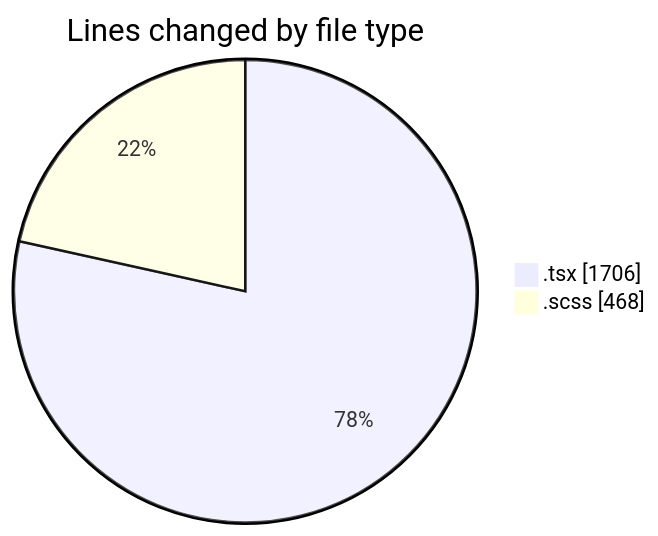
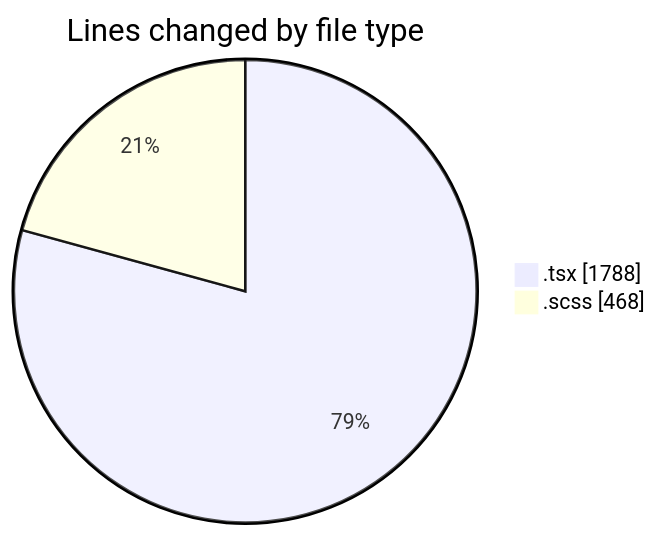
Before and after one commit to momahboobian/code-tracking: the first of 2 diagrams in 2025-04-10/cda/README.md, drawn with Mermaid. The commit also changed other lines of this file and 1 other file, not shown here.

````diff
--- a/2025-04-10/cda/README.md
+++ b/2025-04-10/cda/README.md
@@ -24,6 +25,6 @@
 ```mermaid
 pie showData
 title Lines changed by file type
-".tsx" : 1706
+".tsx" : 1788
 ".scss" : 468
 ```
````
